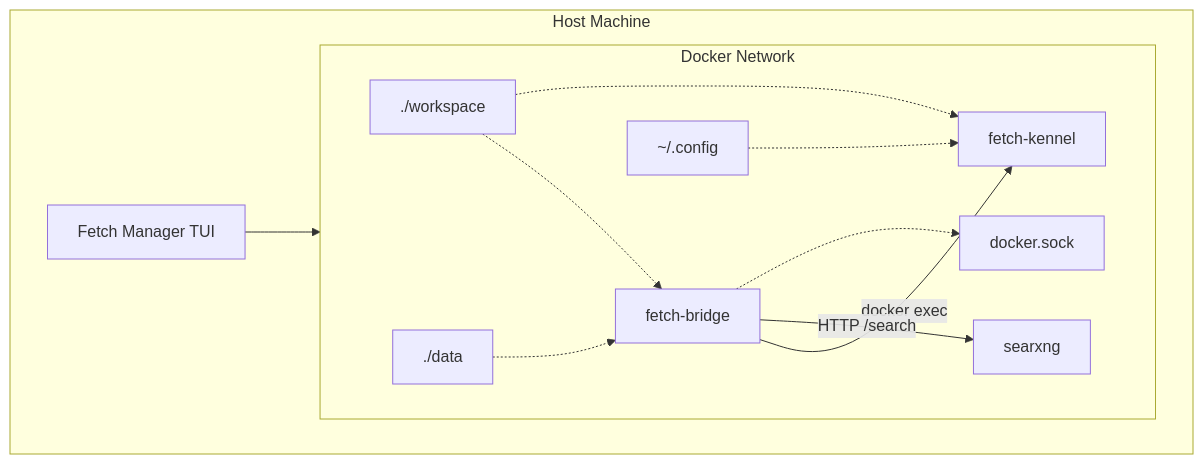
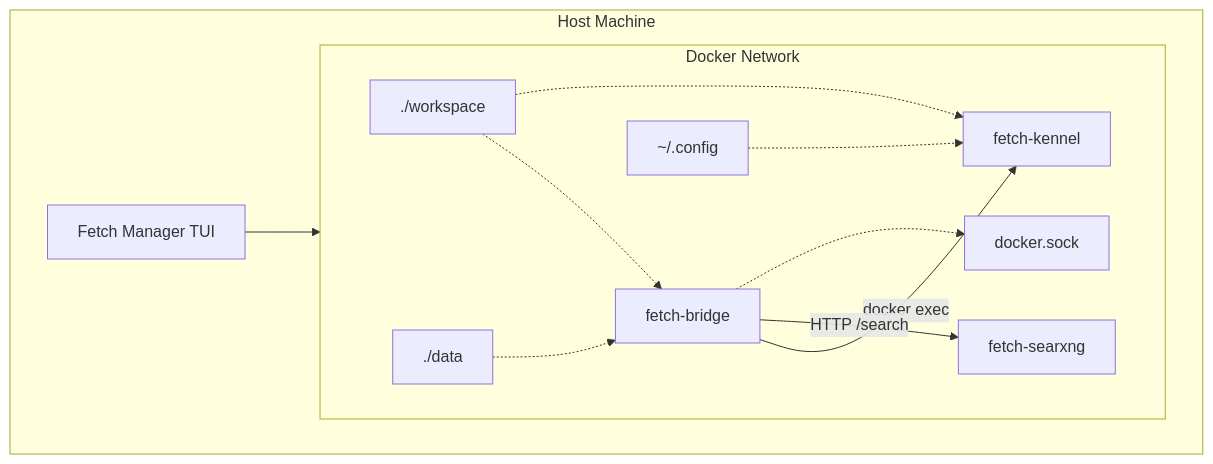
Before and after one commit to Traves-Theberge/Fetch: the fourth of 4 diagrams in docs/markdown/ARCHITECTURE.md, drawn with Mermaid. The commit also changed other lines of this file and 32 other files, not shown here.

````diff
--- a/docs/markdown/ARCHITECTURE.md
+++ b/docs/markdown/ARCHITECTURE.md
@@ -443,29 +451,29 @@
 ```mermaid
 graph TB
     subgraph Host["Host Machine"]
         Manager["Fetch Manager TUI"]
         Socket["docker.sock"]
         
         subgraph Docker["Docker Network"]
             direction LR
             
             Bridge["fetch-bridge"]
             Kennel["fetch-kennel"]
-            SearXNG["searxng"]
+            SearXNG["fetch-searxng"]
 
             Bridge -- "docker exec" --> Kennel
             Bridge -- "HTTP /search" --> SearXNG
             Bridge -.-> Socket
             
             Vol1["./workspace"] -.-> Bridge
             Vol1 -.-> Kennel
             
             Vol2["./data"] -.-> Bridge
             
             Vol3["~/.config"] -.-> Kennel
         end
     end
     
     Manager --> Socket
     
 ```
````
